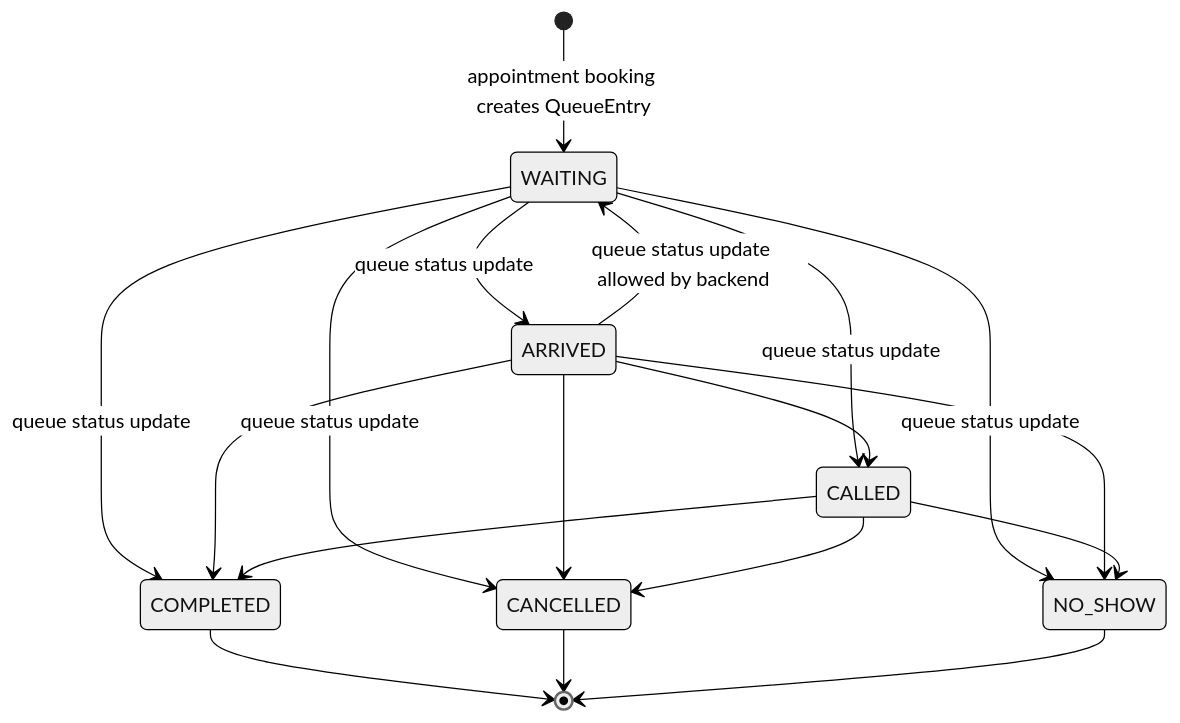
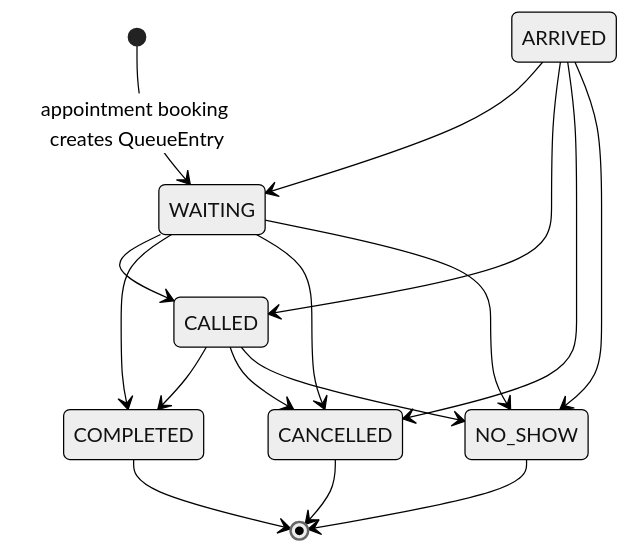
The diagram in docs/workflows/queue-management.md (garvitsingh171/pravaah), drawn with Mermaid (neutral theme) before and after one commit. The commit also changed other lines of this file and 19 other files, not shown here.

````diff
--- a/docs/workflows/queue-management.md
+++ b/docs/workflows/queue-management.md
@@ -198,20 +215,18 @@
 ```mermaid
 stateDiagram-v2
     [*] --> WAITING: appointment booking creates QueueEntry
-    WAITING --> ARRIVED: queue status update
-    WAITING --> CALLED: queue status update
-    WAITING --> COMPLETED: queue status update
-    WAITING --> CANCELLED: queue status update
-    WAITING --> NO_SHOW: queue status update
-    ARRIVED --> WAITING: queue status update allowed by backend
+    ARRIVED --> WAITING
     ARRIVED --> CALLED
-    ARRIVED --> COMPLETED
     ARRIVED --> CANCELLED
     ARRIVED --> NO_SHOW
+    WAITING --> CALLED
+    WAITING --> COMPLETED
+    WAITING --> CANCELLED
+    WAITING --> NO_SHOW
     CALLED --> COMPLETED
     CALLED --> CANCELLED
     CALLED --> NO_SHOW
     COMPLETED --> [*]
     CANCELLED --> [*]
     NO_SHOW --> [*]
 ```
````
